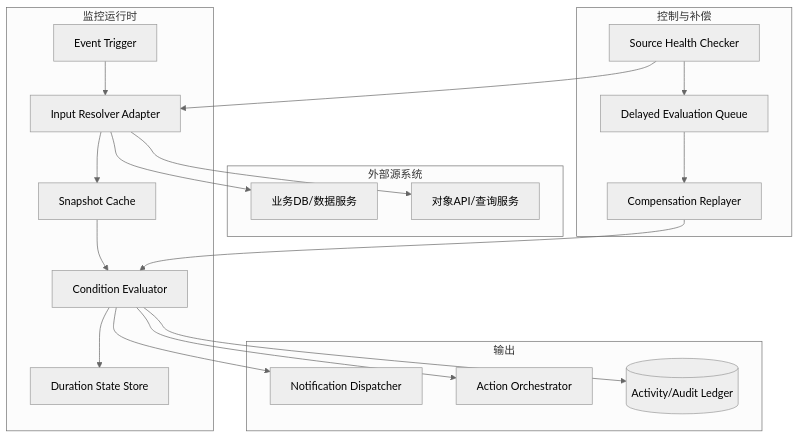
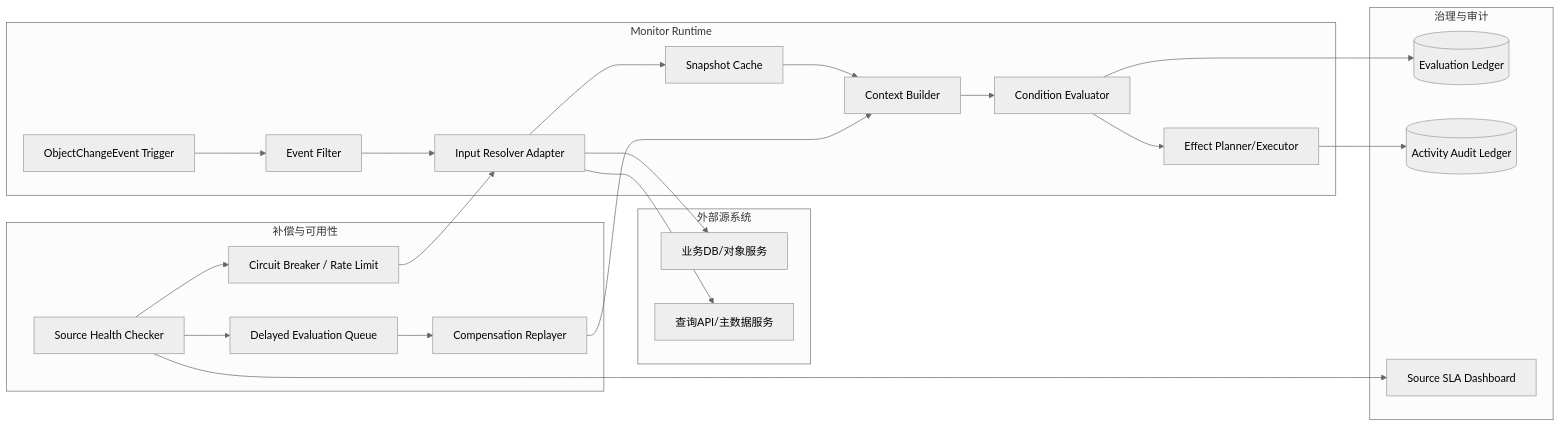
The second of 2 diagrams in docs/object_monitor/object_monitor_design_general.md (littleDrew/ontology), drawn with Mermaid (neutral theme) before and after one commit. The commit also changed other lines of this file, not shown here.

Commit message:
docs: 为复制与非复制模式补充 mermaid 架构视图

````diff
--- a/docs/object_monitor/object_monitor_design_general.md
+++ b/docs/object_monitor/object_monitor_design_general.md
@@ -98,37 +111,40 @@
 ```mermaid
-flowchart TB
-    subgraph Src[外部源系统]
-      S1[业务DB/数据服务]
-      S2[对象API/查询服务]
+flowchart LR
+    subgraph SRC[外部源系统]
+      S1[业务DB/对象服务]
+      S2[查询API/主数据服务]
     end
 
-    subgraph Runtime[监控运行时]
-      R1[Event Trigger]
-      R2[Input Resolver Adapter]
-      R3[Snapshot Cache]
-      R4[Condition Evaluator]
-      R5[Duration State Store]
+    subgraph RT[Monitor Runtime]
+      R1[ObjectChangeEvent Trigger]
+      R2[Event Filter]
+      R3[Input Resolver Adapter]
+      R4[Snapshot Cache]
+      R5[Context Builder]
+      R6[Condition Evaluator]
+      R7[Effect Planner/Executor]
     end
 
-    subgraph Ctrl[控制与补偿]
+    subgraph COMP[补偿与可用性]
       C1[Source Health Checker]
       C2[Delayed Evaluation Queue]
       C3[Compensation Replayer]
+      C4[Circuit Breaker / Rate Limit]
     end
 
-    subgraph Out[输出]
-      O1[Notification Dispatcher]
-      O2[Action Orchestrator]
-      O3[(Activity/Audit Ledger)]
+    subgraph GOV[治理与审计]
+      G1[(Evaluation Ledger)]
+      G2[(Activity Audit Ledger)]
+      G3[Source SLA Dashboard]
     end
 
-    R1 --> R2
-    R2 --> S1
-    R2 --> S2
-    R2 --> R3 --> R4 --> R5
-    R4 --> O1
-    R4 --> O2
-    R4 --> O3
-    C1 --> R2
-    C1 --> C2 --> C3 --> R4
+    R1 --> R2 --> R3
+    R3 --> S1
+    R3 --> S2
+    R3 --> R4 --> R5 --> R6 --> R7
+    C1 --> C4 --> R3
+    C1 --> C2 --> C3 --> R5
+    R6 --> G1
+    R7 --> G2
+    C1 --> G3
 ```
````
